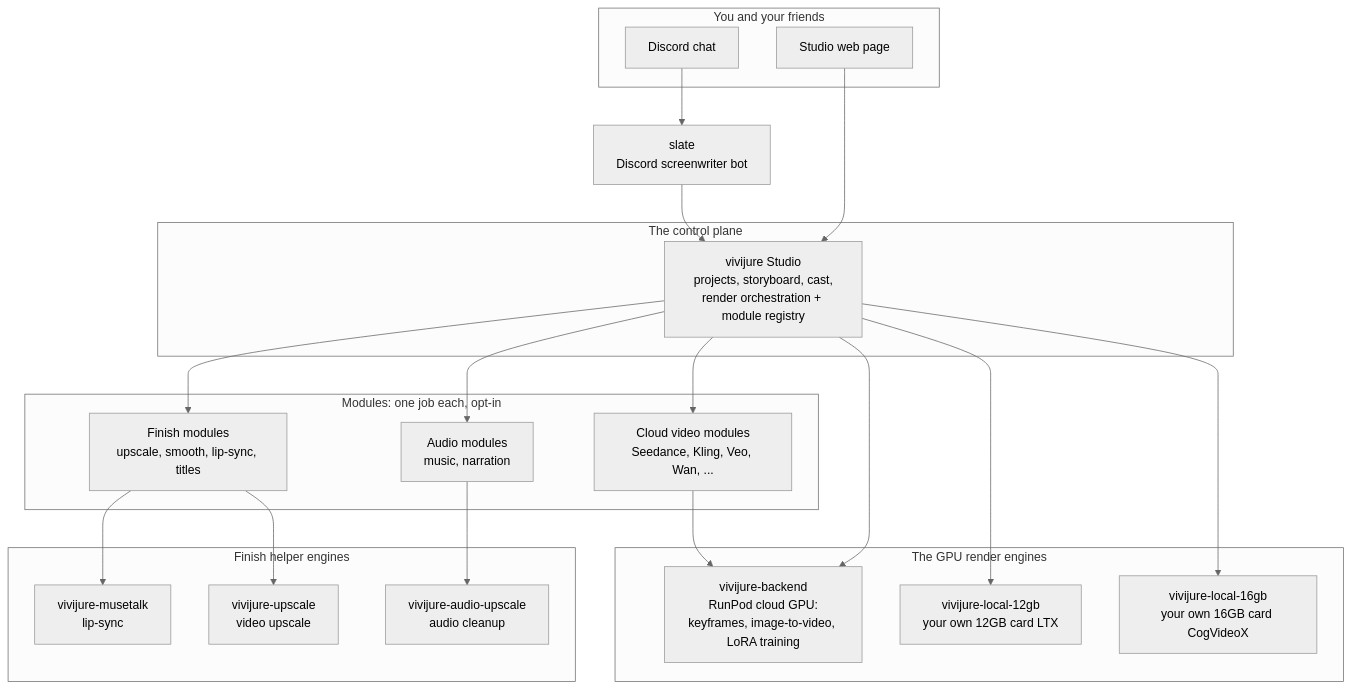
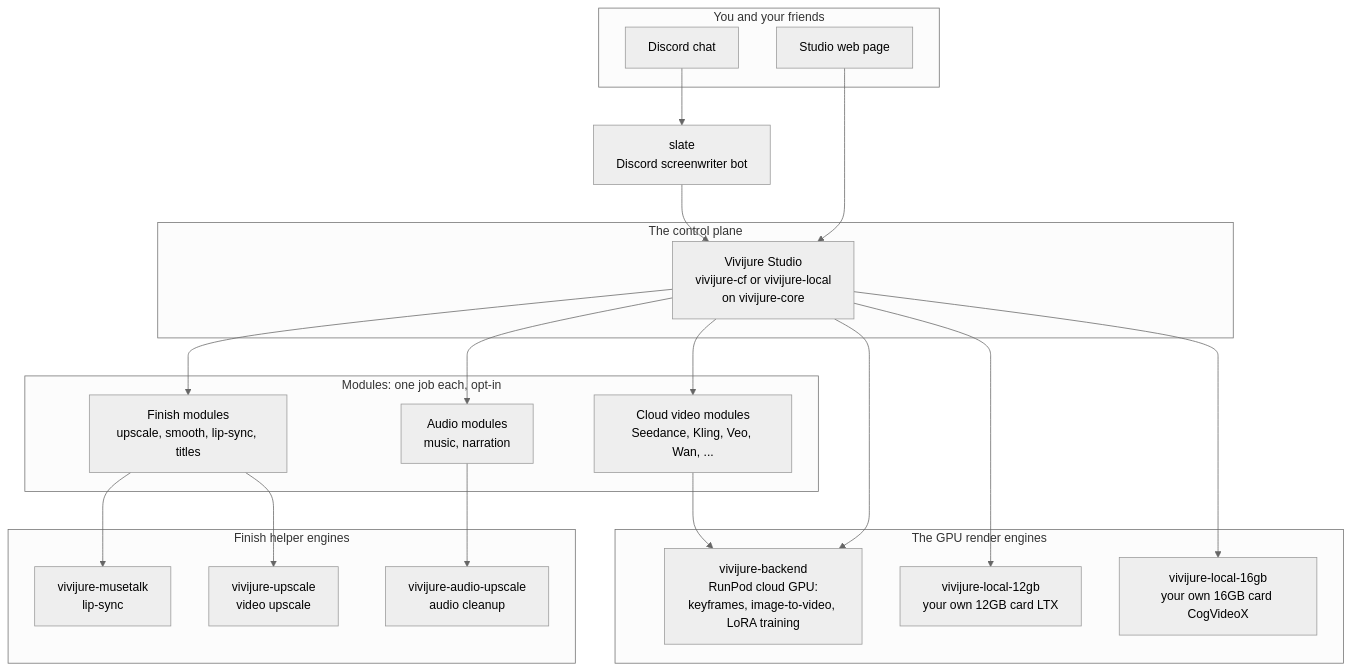
Before and after one commit to skyphusion-labs/vivijure-local-16gb: the diagram in README.md, drawn with Mermaid (neutral theme). The commit also changed 1 other file, not shown here.

Commit message:
docs(seo): dual-host control panel (cf + local)
Tell search and operators the Vivijure control panel runs on Cloudflare
(vivijure-cf) or on a home PC / any cloud server (vivijure-local), unified
by vivijure-core, with vivijure-mcp and slate on either host.

````diff
--- a/README.md
+++ b/README.md
@@ -32,45 +32,45 @@
 ```mermaid
 flowchart TD
     subgraph front[You and your friends]
         discord[Discord chat]
         ui[Studio web page]
     end
 
     slate[slate<br/>Discord screenwriter bot]
 
     subgraph core[The control plane]
-        studio[vivijure Studio<br/>projects, storyboard, cast,<br/>render orchestration + module registry]
+        studio[Vivijure Studio<br/>vivijure-cf or vivijure-local<br/>on vivijure-core]
     end
 
     subgraph modules[Modules: one job each, opt-in]
         cloudmods[Cloud video modules<br/>Seedance, Kling, Veo, Wan, ...]
         finishmods[Finish modules<br/>upscale, smooth, lip-sync, titles]
         audiomods[Audio modules<br/>music, narration]
     end
 
     subgraph gpu[The GPU render engines]
         backend[vivijure-backend<br/>RunPod cloud GPU:<br/>keyframes, image-to-video, LoRA training]
         local12[vivijure-local-12gb<br/>your own 12GB card LTX]
         local16[vivijure-local-16gb<br/>your own 16GB card CogVideoX]
     end
 
     subgraph finish[Finish helper engines]
         musetalk[vivijure-musetalk<br/>lip-sync]
         upscale[vivijure-upscale<br/>video upscale]
         audioup[vivijure-audio-upscale<br/>audio cleanup]
     end
 
     discord --> slate
     slate --> studio
     ui --> studio
     studio --> cloudmods
     studio --> finishmods
     studio --> audiomods
     cloudmods --> backend
     finishmods --> musetalk
     finishmods --> upscale
     audiomods --> audioup
     studio --> backend
     studio --> local12
     studio --> local16
 ```
````
